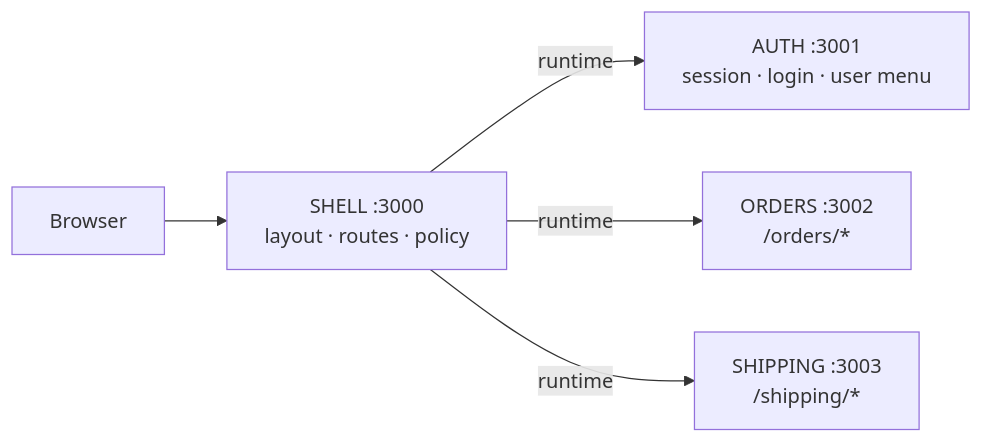
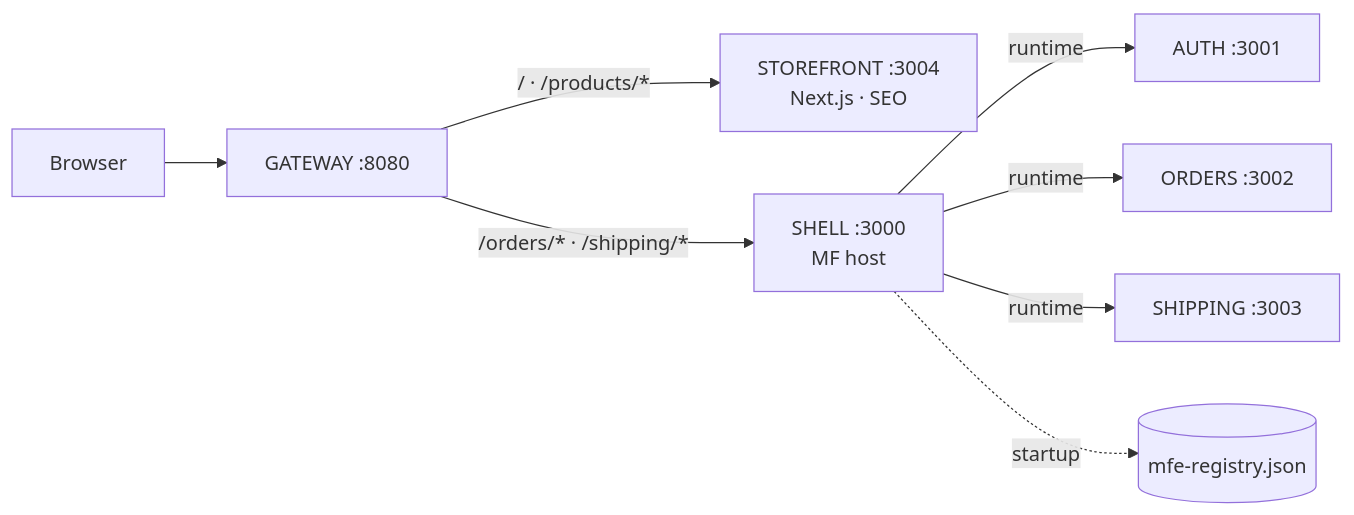
The diagram in micro-shop/README.md (alireza-akbarzadeh/mciro), drawn with Mermaid before and after one commit. The commit also changed other lines of this file and 40 other files, not shown here.

````diff
--- a/micro-shop/README.md
+++ b/micro-shop/README.md
@@ -10,7 +12,10 @@
 ```mermaid
 flowchart LR
-    browser["Browser"] --> shell["SHELL :3000<br/>layout · routes · policy"]
-    shell -- runtime --> auth["AUTH :3001<br/>session · login · user menu"]
-    shell -- runtime --> orders["ORDERS :3002<br/>/orders/*"]
-    shell -- runtime --> shipping["SHIPPING :3003<br/>/shipping/*"]
+    browser["Browser"] --> gw["GATEWAY :8080"]
+    gw -- "/ · /products/*" --> sf["STOREFRONT :3004<br/>Next.js · SEO"]
+    gw -- "/orders/* · /shipping/*" --> shell["SHELL :3000<br/>MF host"]
+    shell -- runtime --> auth["AUTH :3001"]
+    shell -- runtime --> orders["ORDERS :3002"]
+    shell -- runtime --> shipping["SHIPPING :3003"]
+    shell -. startup .-> reg[("mfe-registry.json")]
 ```
````
